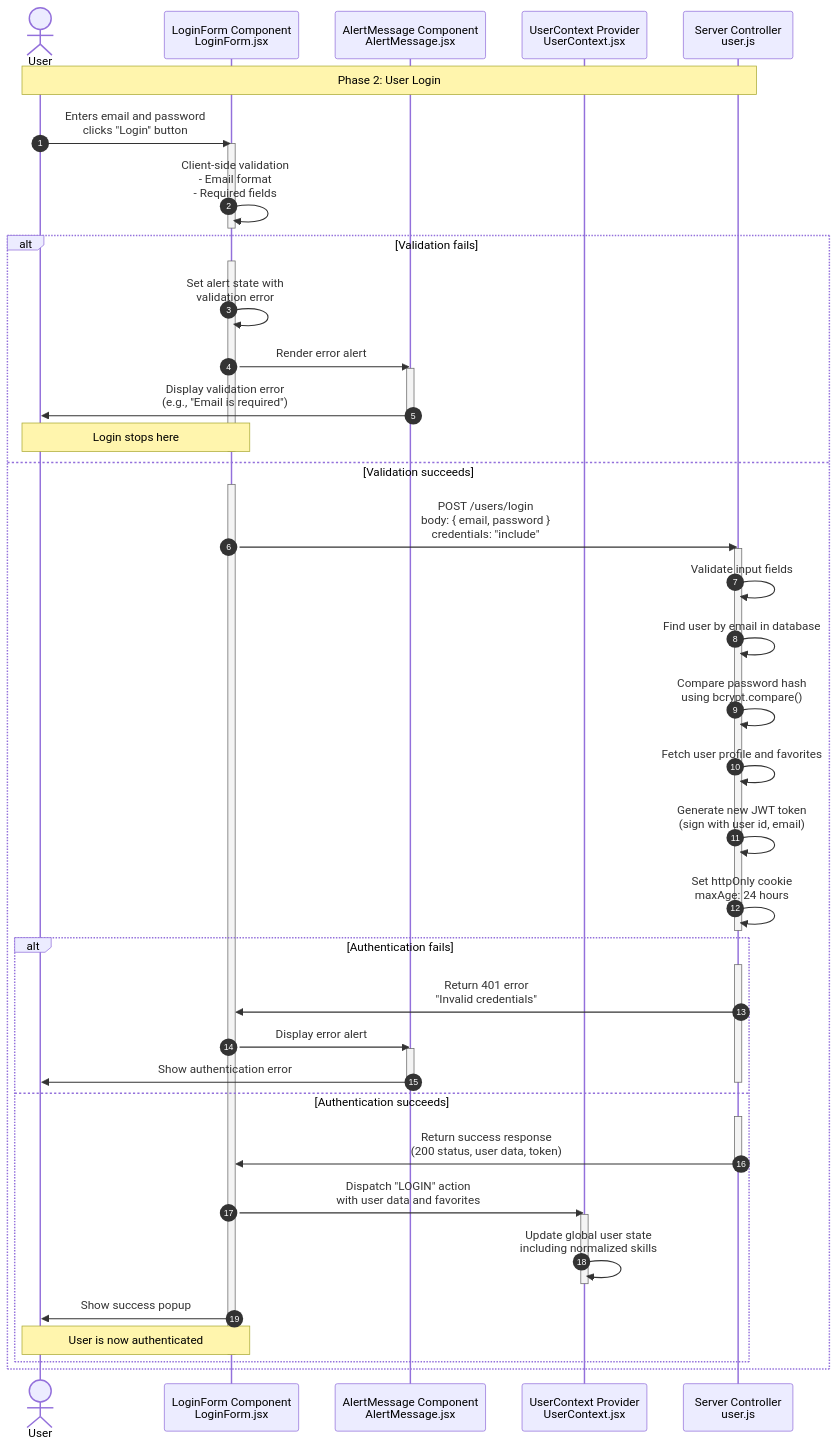
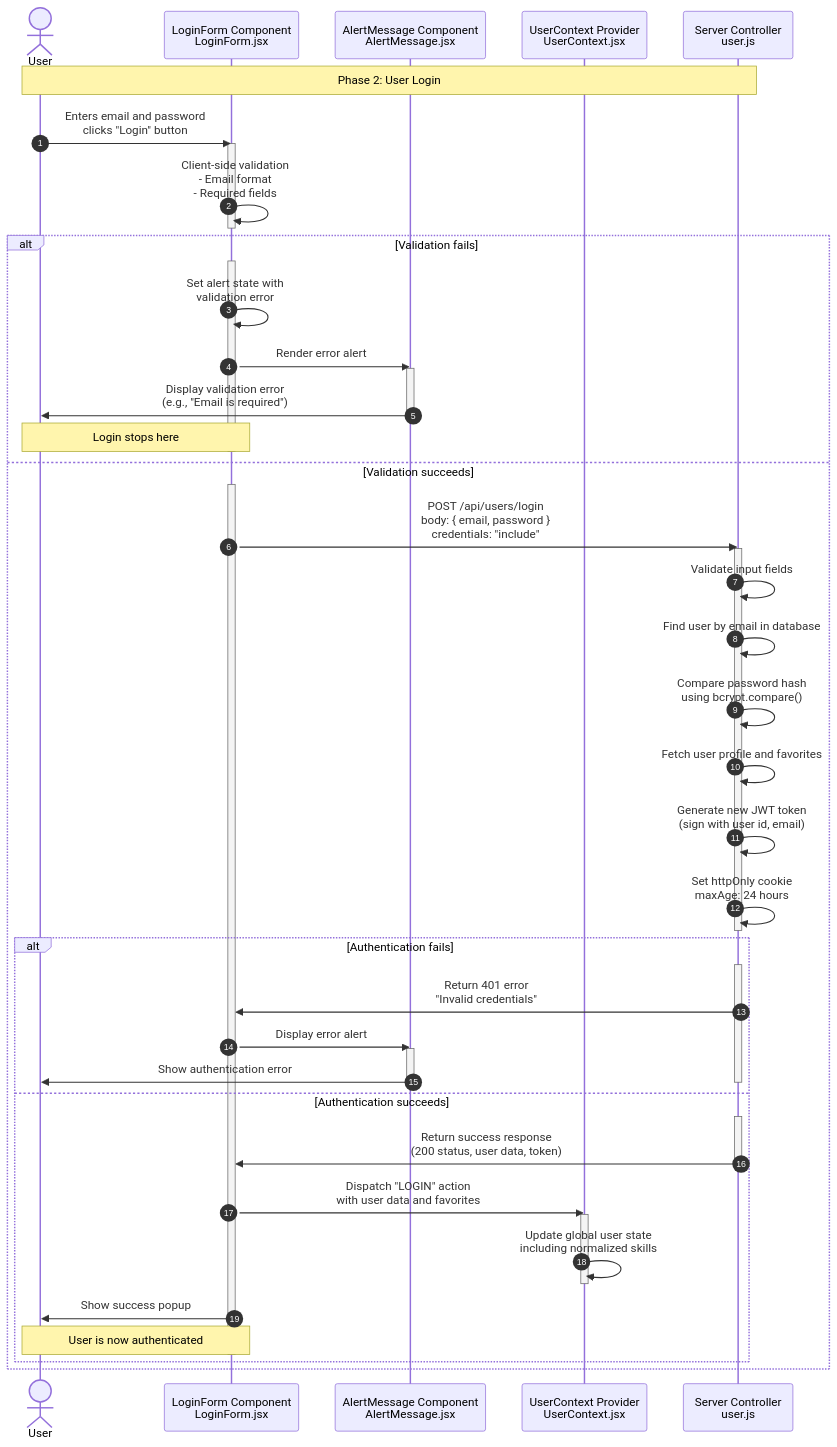
One commit to YahyaAl-Ademi/2025.10.23-JobCompass changed the diagram in documentation/authentication/2.User Login.md. Above: the diagram before and after it, drawn with Mermaid. The commit also changed 10 other files, not shown here.

Commit message:
Update API endpoints in authentication and job fetch documentation to include '/api' prefix for consistency

````diff
--- a/documentation/authentication/2.User Login.md
+++ b/documentation/authentication/2.User Login.md
@@ -7,67 +7,67 @@
 ```mermaid
 sequenceDiagram
     autonumber
     actor User
     %% File paths:
     %% LoginForm: client/src/pages/LoginForm.jsx
     %% AlertMessage: client/src/components/AlertMessage/AlertMessage.jsx
     %% UserContext: client/src/context/UserContext.jsx
     %% loginUser: server/src/controllers/user.js
     participant LoginForm as LoginForm Component<br/>LoginForm.jsx
     participant AlertMessage as AlertMessage Component<br/>AlertMessage.jsx
     participant UserContext as UserContext Provider<br/>UserContext.jsx
     participant Server as Server Controller<br/>user.js
 
     Note over User,Server: Phase 2: User Login
     User->>LoginForm: Enters email and password<br/>clicks "Login" button
     activate LoginForm
 
     LoginForm->>LoginForm: Client-side validation<br/>- Email format<br/>- Required fields
     deactivate LoginForm
 
     alt Validation fails
         activate LoginForm
         LoginForm->>LoginForm: Set alert state with<br/>validation error
         LoginForm->>AlertMessage: Render error alert
         activate AlertMessage
         AlertMessage->>User: Display validation error<br/>(e.g., "Email is required")
         deactivate AlertMessage
         Note over LoginForm,User: Login stops here
         deactivate LoginForm
     else Validation succeeds
         activate LoginForm
-        LoginForm->>Server: POST /users/login<br/>body: { email, password }<br/>credentials: "include"
+        LoginForm->>Server: POST /api/users/login<br/>body: { email, password }<br/>credentials: "include"
         activate Server
 
         Server->>Server: Validate input fields
         Server->>Server: Find user by email in database
         Server->>Server: Compare password hash<br/>using bcrypt.compare()
         Server->>Server: Fetch user profile and favorites
         Server->>Server: Generate new JWT token<br/>(sign with user id, email)
         Server->>Server: Set httpOnly cookie<br/>maxAge: 24 hours
         deactivate Server
 
         alt Authentication fails
             activate Server
             Server->>LoginForm: Return 401 error<br/>"Invalid credentials"
             LoginForm->>AlertMessage: Display error alert
             activate AlertMessage
             AlertMessage->>User: Show authentication error
             deactivate AlertMessage
             deactivate Server
         else Authentication succeeds
             activate Server
             Server->>LoginForm: Return success response<br/>(200 status, user data, token)
             deactivate Server
 
             LoginForm->>UserContext: Dispatch "LOGIN" action<br/>with user data and favorites
             activate UserContext
             UserContext->>UserContext: Update global user state<br/>including normalized skills
             deactivate UserContext
 
             LoginForm->>User: Show success popup
             Note over LoginForm,User: User is now authenticated
             deactivate LoginForm
         end
     end
 ```
````
